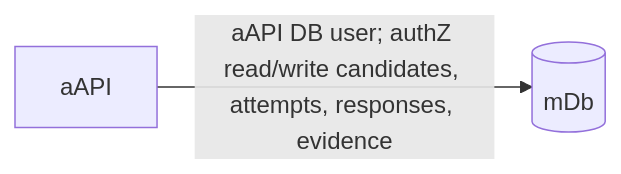
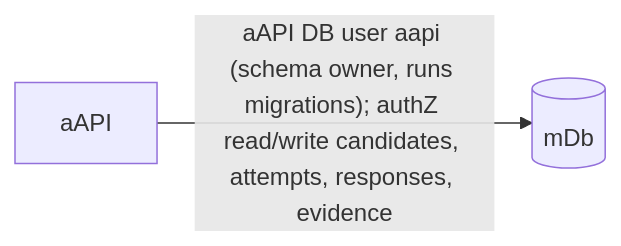
Before and after one commit to freeCodeCamp/exam-platform: the fourth of 6 diagrams in docs/auth.md, drawn with Mermaid. The commit also changed other lines of this file and 31 other files, not shown here.

````diff
--- a/docs/auth.md
+++ b/docs/auth.md
@@ -28,4 +28,4 @@
 ```mermaid
 graph LR
-  aAPI["aAPI"] -->|"aAPI DB user; authZ read/write candidates, attempts, responses, evidence"| mDb[("mDb")]
+  aAPI["aAPI"] -->|"aAPI DB user aapi (schema owner, runs migrations); authZ read/write candidates, attempts, responses, evidence"| mDb[("mDb")]
 ```
````
